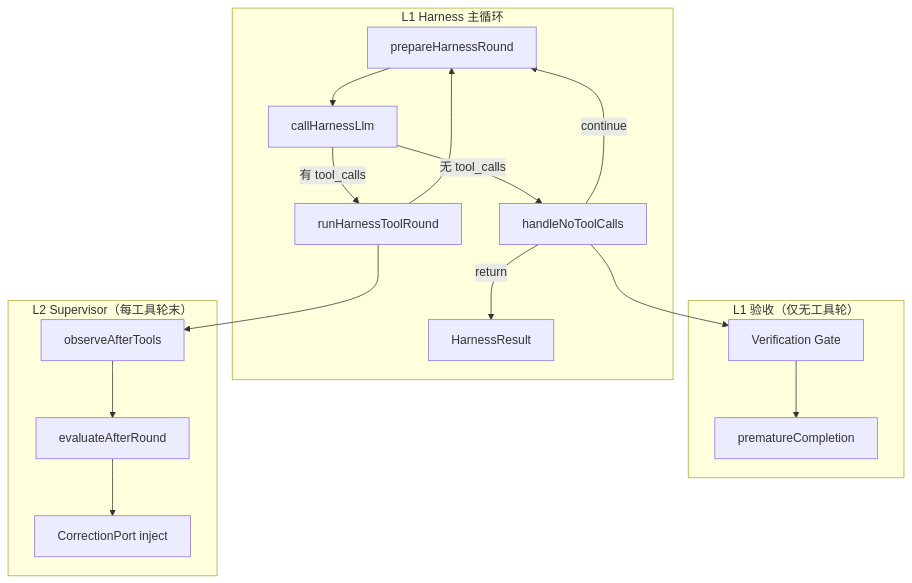
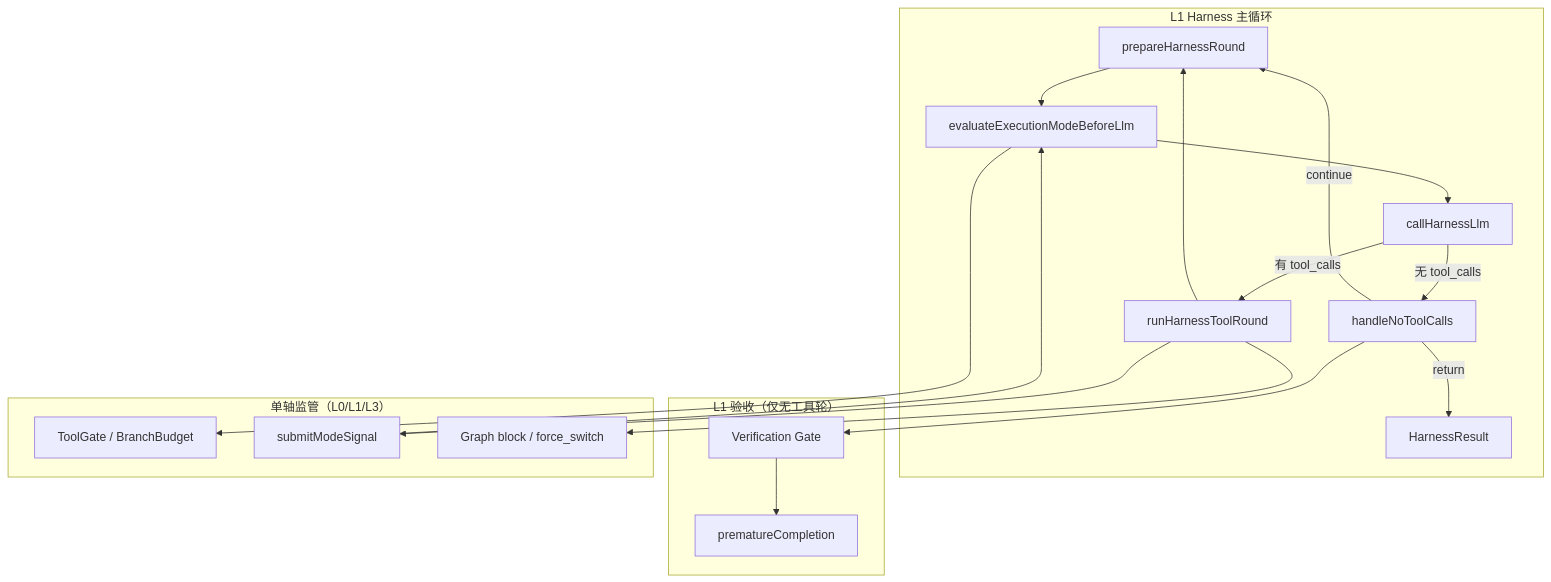
Before and after one commit to lbiceman/iceCoder: the first of 2 diagrams in docs/harness/Harness-L2与Gate工作逻辑.md, drawn with Mermaid. The commit also changed other lines of this file and 11 other files, not shown here.

````diff
--- a/docs/harness/Harness-L2与Gate工作逻辑.md
+++ b/docs/harness/Harness-L2与Gate工作逻辑.md
@@ -26,22 +29,24 @@
 ```mermaid
 flowchart TB
   subgraph L1["L1 Harness 主循环"]
-    PREP[prepareHarnessRound] --> LLM[callHarnessLlm]
+    PREP[prepareHarnessRound] --> MODE[evaluateExecutionModeBeforeLlm]
+    MODE --> LLM[callHarnessLlm]
     LLM -->|有 tool_calls| TOOL[runHarnessToolRound]
     LLM -->|无 tool_calls| NOTOOL[handleNoToolCalls]
     TOOL --> PREP
     NOTOOL -->|continue| PREP
     NOTOOL -->|return| DONE[HarnessResult]
   end
 
   subgraph GATE["L1 验收（仅无工具轮）"]
     NOTOOL --> G1[Verification Gate]
     G1 --> G2[prematureCompletion]
   end
 
-  subgraph L2["L2 Supervisor（每工具轮末）"]
-    TOOL --> OBS[observeAfterTools]
-    OBS --> EVA[evaluateAfterRound]
-    EVA --> INJ[CorrectionPort inject]
+  subgraph SUP["单轴监管（L0/L1/L3）"]
+    MODE --> TG[ToolGate / BranchBudget]
+    TOOL --> SIG[submitModeSignal]
+    SIG --> MODE
+    TOOL --> L3[Graph block / force_switch]
   end
 ```
````
